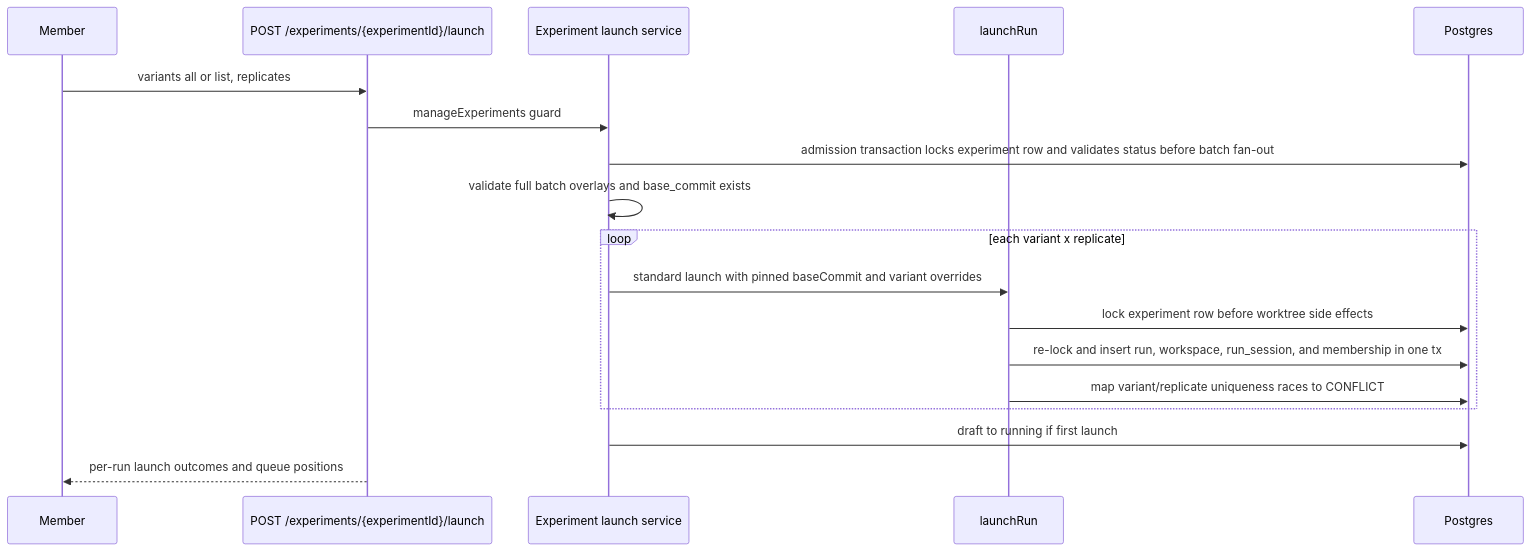
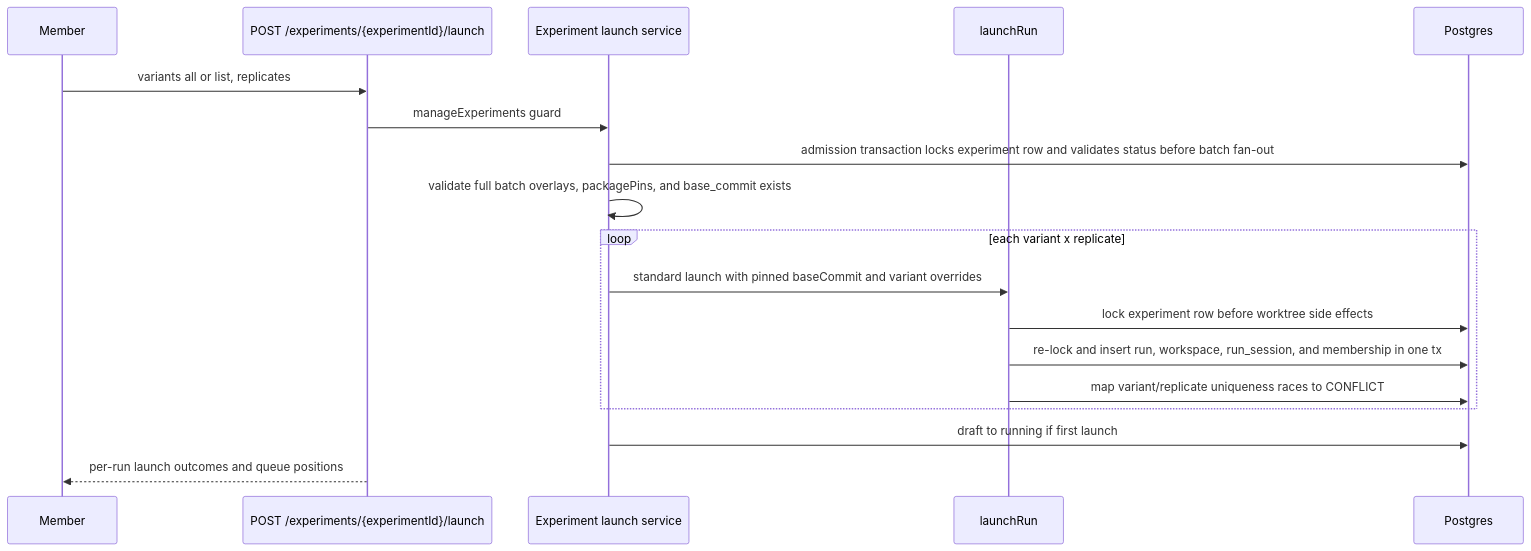
One commit to maister-dev/maister changed the third of 5 diagrams in docs/system-analytics/experiments.md. Above: the diagram before and after it, drawn with Mermaid. The commit also changed other lines of this file and 18 other files, not shown here.

````diff
--- a/docs/system-analytics/experiments.md
+++ b/docs/system-analytics/experiments.md
@@ -90,20 +98,20 @@
 ```mermaid
 sequenceDiagram
     participant U as Member
     participant R as POST /experiments/{experimentId}/launch
     participant E as Experiment launch service
     participant L as launchRun
     participant DB as Postgres
     U->>R: variants all or list, replicates
     R->>E: manageExperiments guard
     E->>DB: admission transaction locks experiment row and validates status before batch fan-out
-    E->>E: validate full batch overlays and base_commit exists
+    E->>E: validate full batch overlays, packagePins, and base_commit exists
     loop each variant x replicate
         E->>L: standard launch with pinned baseCommit and variant overrides
         L->>DB: lock experiment row before worktree side effects
         L->>DB: re-lock and insert run, workspace, run_session, and membership in one tx
         L->>DB: map variant/replicate uniqueness races to CONFLICT
     end
     E->>DB: draft to running if first launch
     R-->>U: per-run launch outcomes and queue positions
 ```
````
